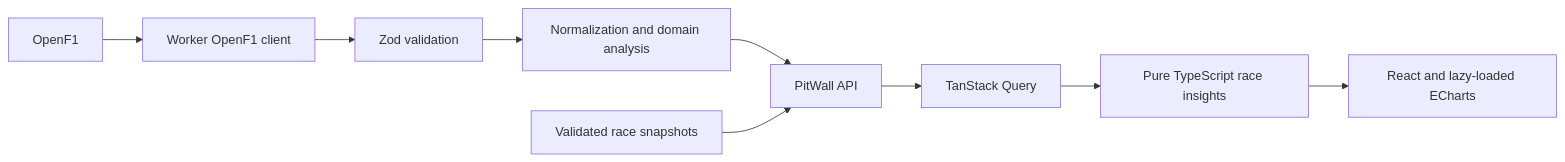
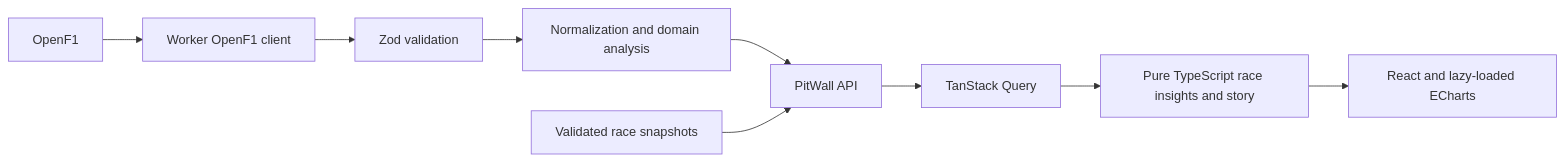
The diagram in README.md (Ago-filo/Pitwall), drawn with Mermaid before and after one commit. The commit also changed other lines of this file and 9 other files, not shown here.

Commit message:
Add evidence-linked race story

````diff
--- a/README.md
+++ b/README.md
@@ -37,11 +49,11 @@
 ```mermaid
 flowchart LR
   OpenF1 --> Client[Worker OpenF1 client]
   Client --> Validation[Zod validation]
   Validation --> Domain[Normalization and domain analysis]
   Domain --> API[PitWall API]
   Snapshots[Validated race snapshots] --> API
   API --> Query[TanStack Query]
-  Query --> Analysis[Pure TypeScript race insights]
+  Query --> Analysis[Pure TypeScript race insights and story]
   Analysis --> UI[React and lazy-loaded ECharts]
 ```
````
